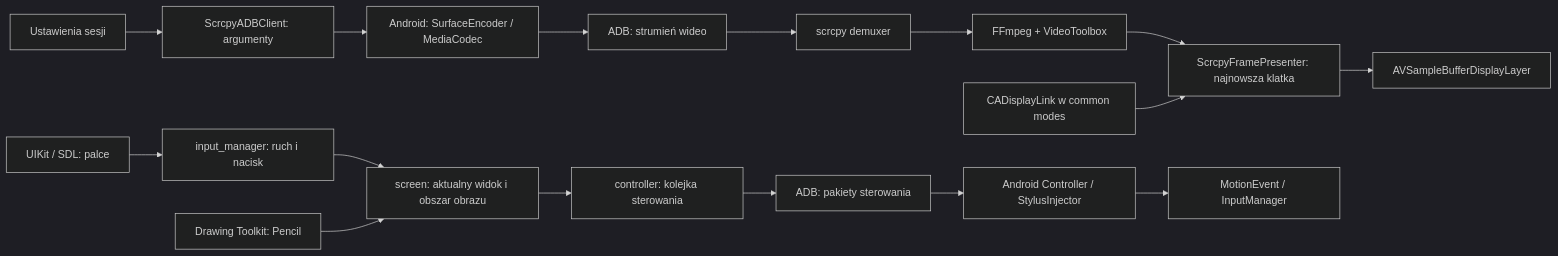
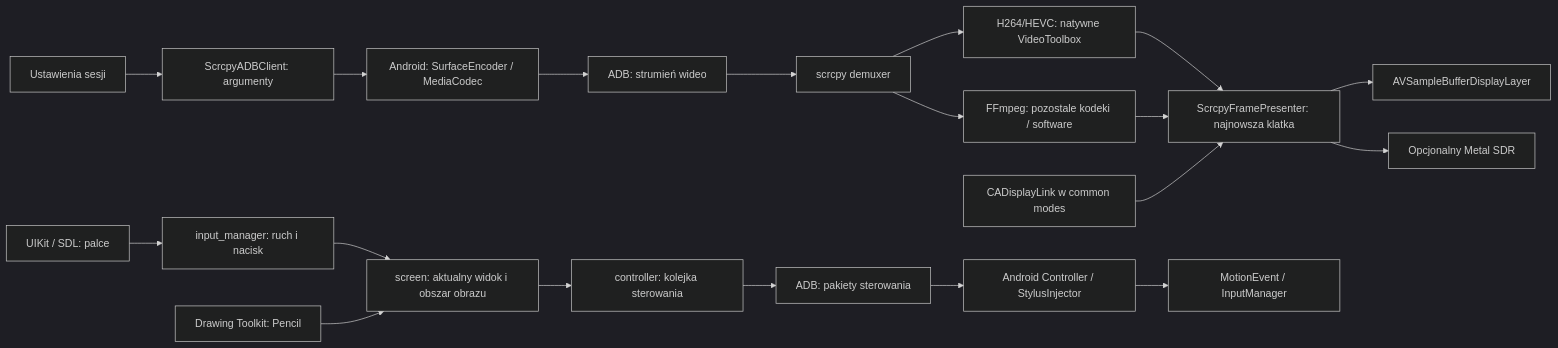
Before and after one commit to WillSmith4/screen: the diagram in docs/streaming-latency-audit.md, drawn with Mermaid (dark theme). The commit also changed other lines of this file and 4 other files, not shown here.

````diff
--- a/docs/streaming-latency-audit.md
+++ b/docs/streaming-latency-audit.md
@@ -15,18 +15,21 @@
 ```mermaid
 flowchart LR
   Settings[Ustawienia sesji] --> Args[ScrcpyADBClient: argumenty]
   Args --> Android[Android: SurfaceEncoder / MediaCodec]
   Android --> ADB[ADB: strumień wideo]
   ADB --> Demux[scrcpy demuxer]
-  Demux --> FFmpeg[FFmpeg + VideoToolbox]
-  FFmpeg --> Presenter[ScrcpyFramePresenter: najnowsza klatka]
+  Demux --> Native[H264/HEVC: natywne VideoToolbox]
+  Demux --> FFmpeg[FFmpeg: pozostale kodeki / software]
+  Native --> Presenter[ScrcpyFramePresenter: najnowsza klatka]
+  FFmpeg --> Presenter
   Clock[CADisplayLink w common modes] --> Presenter
   Presenter --> Layer[AVSampleBufferDisplayLayer]
+  Presenter --> Metal[Opcjonalny Metal SDR]
   UIKit[UIKit / SDL: palce] --> Input[input_manager: ruch i nacisk]
   Input --> Geometry[screen: aktualny widok i obszar obrazu]
   Pencil[Drawing Toolkit: Pencil] --> Geometry
   Geometry --> Queue[controller: kolejka sterowania]
   Queue --> Control[ADB: pakiety sterowania]
   Control --> Injector[Android Controller / StylusInjector]
   Injector --> Motion[MotionEvent / InputManager]
 ```
````
